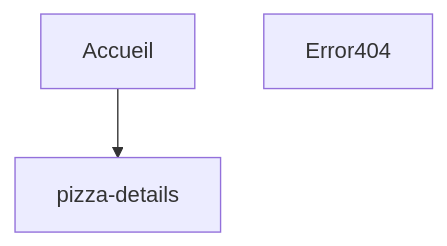
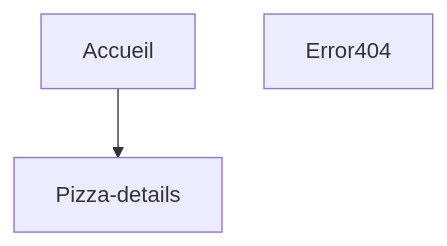
One commit to Nicolas-jchr/Checkpoint04-La-carte-des-Pizzas changed the diagram in README.md. Above: the diagram before and after it, drawn with Mermaid. The commit also changed other lines of this file, not shown here.

````diff
--- a/README.md
+++ b/README.md
@@ -61,6 +61,6 @@
 ```mermaid
 graph TD;
     Accueil;
-    Accueil-->pizza-details;
+    Accueil-->Pizza-details;
     Error404;
 ```
````
